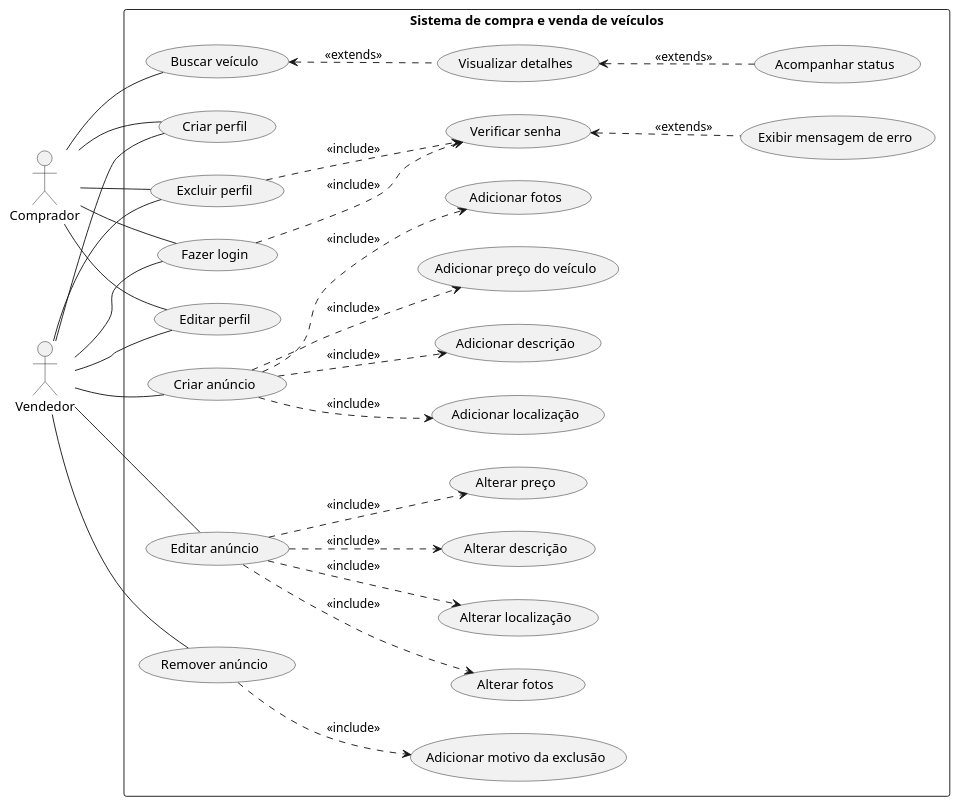
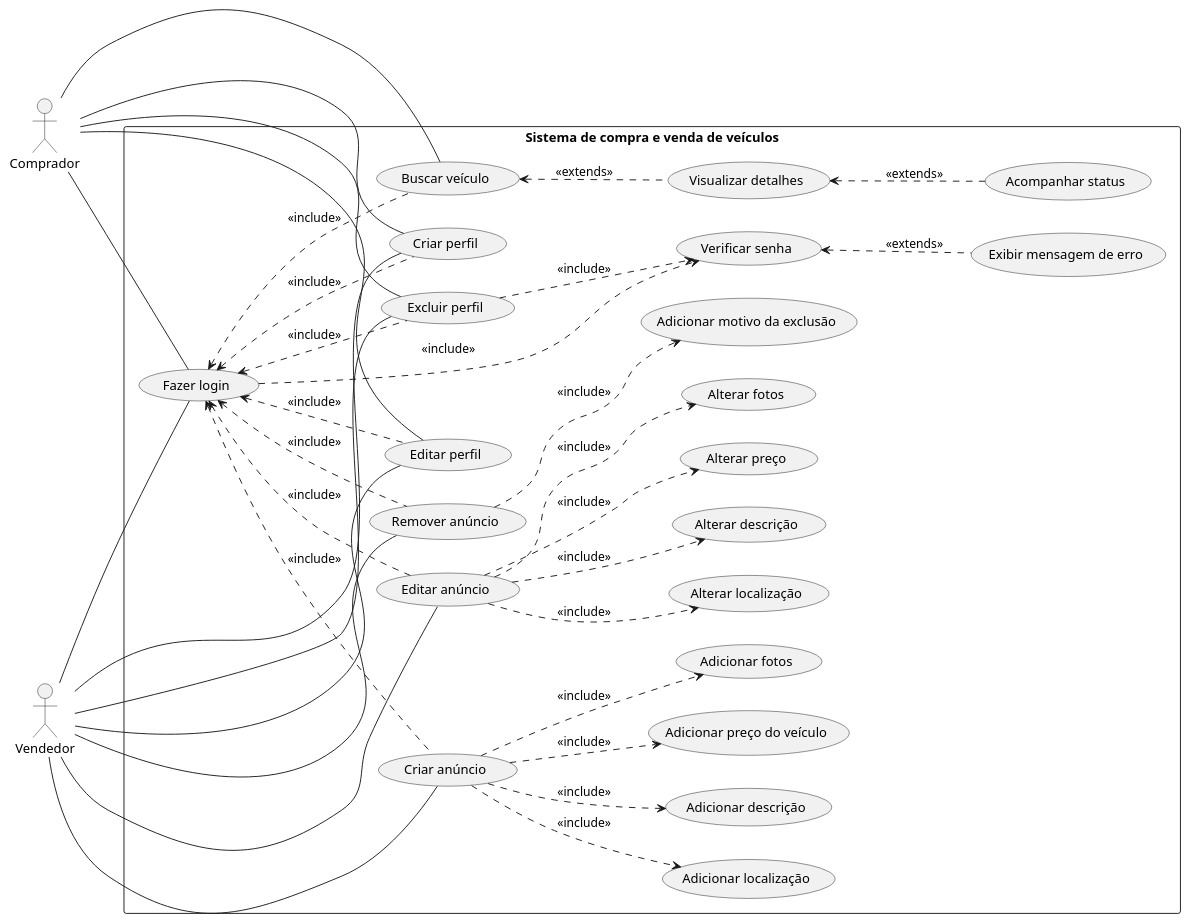
The diagram in uc_fluxo_sistema.md (guilhermeoliveirateo/sistema-compra-venda-veiculos), drawn with PlantUML before and after one commit.

````diff
--- a/uc_fluxo_sistema.md
+++ b/uc_fluxo_sistema.md
@@ -9,60 +9,67 @@
 ``` plantuml
 @startuml 
 
 left to right direction
 actor "Comprador" as comprador
 actor "Vendedor" as vendedor
 
 rectangle "Sistema de compra e venda de veículos"{
 usecase "Fazer login" as uc1
 usecase "Editar perfil" as uc2
 usecase "Criar anúncio" as uc3
 usecase "Editar anúncio" as uc4
 usecase "Remover anúncio" as uc5
 usecase "Buscar veículo" as uc6
 usecase "Verificar senha" as uc7
 usecase "Exibir mensagem de erro" as uc8
 usecase "Adicionar descrição" as uc9
 usecase "Adicionar preço do veículo" as uc10
 usecase "Alterar descrição" as uc11
 usecase "Alterar preço" as uc12
 usecase "Adicionar motivo da exclusão" as uc13
 usecase "Visualizar detalhes" as uc14
 usecase "Acompanhar status" as uc15
 usecase "Criar perfil" as uc16
 usecase "Adicionar fotos" as uc17
 usecase "Adicionar localização" as uc18
 usecase "Alterar fotos" as uc19
 usecase "Alterar localização" as uc20
 usecase "Excluir perfil" as uc21
 }
 
 vendedor -- uc16
 comprador -- uc16
 vendedor -- uc1
 comprador -- uc1
 uc1 ..> uc7 :<<include>>
 uc7 <.. uc8 :<<extends>>
+uc1 <.. uc2 :<<include>>
+uc1 <.. uc3 :<<include>>
+uc1 <.. uc4 :<<include>>
+uc1 <.. uc5 :<<include>>
+uc1 <.. uc6 :<<include>>
+uc1 <.. uc16 :<<include>>
+uc1 <.. uc21 :<<include>>
 vendedor -- uc2
 comprador -- uc2
 vendedor -- uc21
 comprador -- uc21
 uc21 ..> uc7 :<<include>>
 vendedor -- uc3
 uc3 ..> uc9 :<<include>>
 uc3 ..> uc10 :<<include>>
 uc3 ..> uc17 :<<include>>
 uc3 ..> uc18 :<<include>>
 vendedor -- uc4
 uc4 ..> uc11 :<<include>>
 uc4 ..> uc12 :<<include>>
 uc4 ..> uc19 :<<include>>
 uc4 ..> uc20 :<<include>>
 vendedor -- uc5
 uc5 ..> uc13 :<<include>>
 comprador -- uc6
 uc6 <.. uc14 :<<extends>>
 uc14 <.. uc15 :<<extends>>
  
 @enduml
 ```
````
